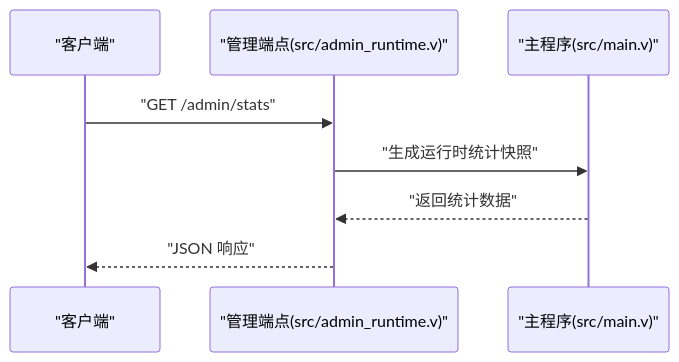
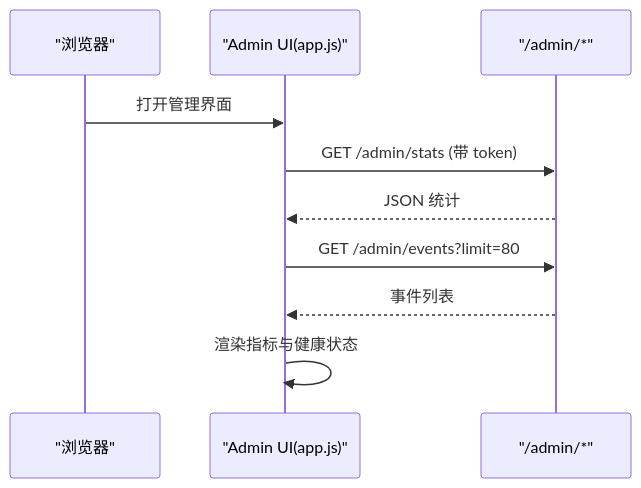
One commit to guweigang/vhttpd changed the sixth of 8 diagrams in .qoder/repowiki/zh/content/部署运维/监控告警.md. Above: the diagram before and after it, drawn with Mermaid. The commit also changed other lines of this file and 697 other files, not shown here.

````diff
--- a/.qoder/repowiki/zh/content/部署运维/监控告警.md
+++ b/.qoder/repowiki/zh/content/部署运维/监控告警.md
@@ -152,10 +234,12 @@
 ```mermaid
 sequenceDiagram
-participant Client as "客户端"
-participant Admin as "管理端点(src/admin_runtime.v)"
-participant Main as "主程序(src/main.v)"
-Client->>Admin : "GET /admin/stats"
-Admin->>Main : "生成运行时统计快照"
-Main-->>Admin : "返回统计数据"
-Admin-->>Client : "JSON 响应"
+participant Browser as "浏览器"
+participant AdminUI as "Admin UI(app.js)"
+participant API as "/admin/*"
+Browser->>AdminUI : 打开管理界面
+AdminUI->>API : GET /admin/stats (带 token)
+API-->>AdminUI : JSON 统计
+AdminUI->>API : GET /admin/events?limit=80
+API-->>AdminUI : 事件列表
+AdminUI->>AdminUI : 渲染指标与健康状态
 ```
````
